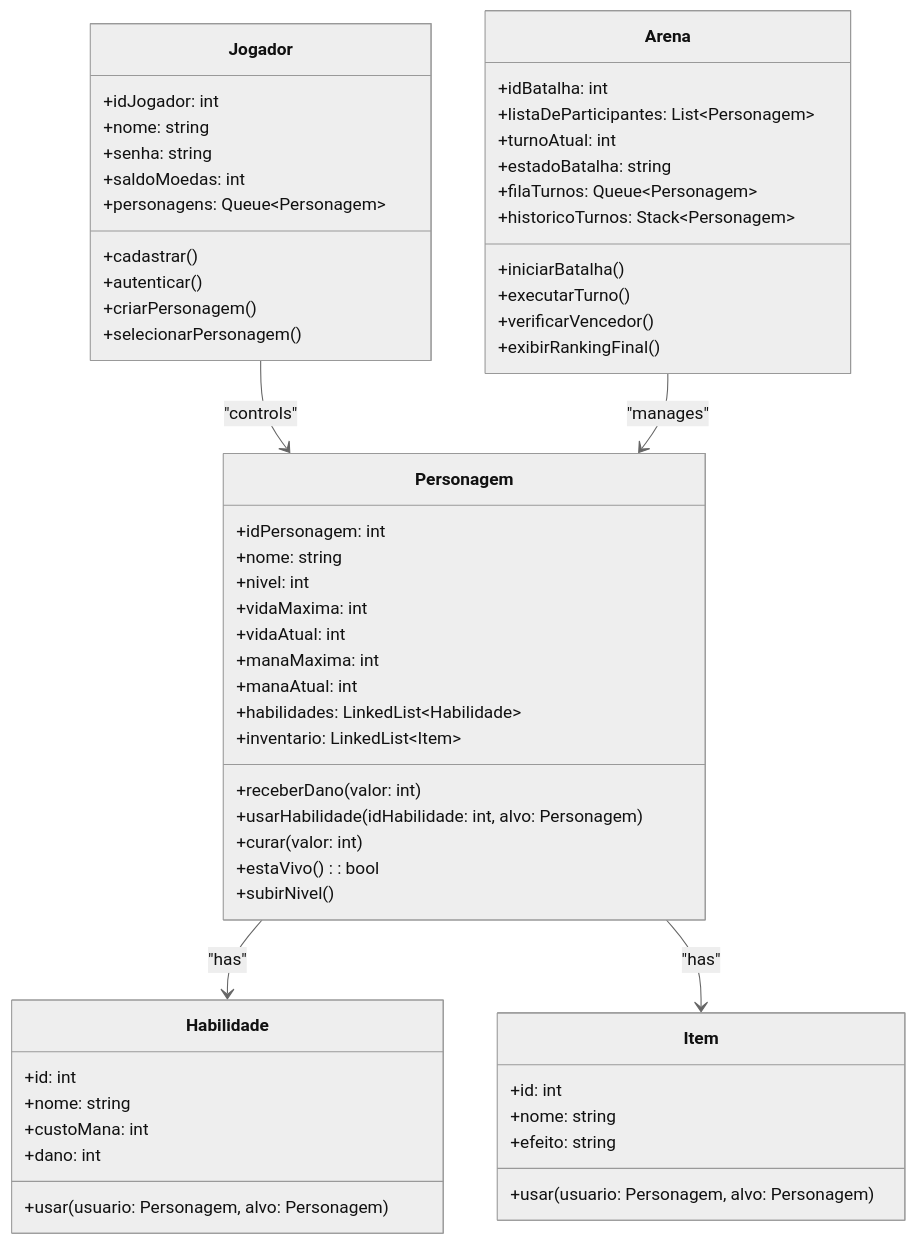
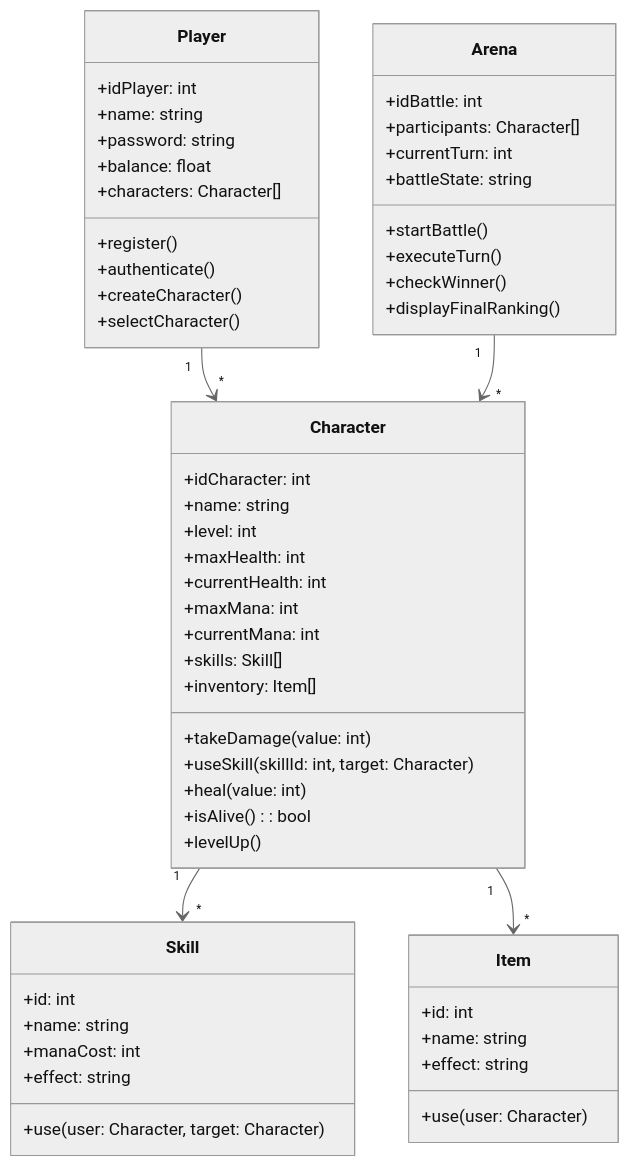
Before and after one commit to kiovaz/Dungeons_Elgrably: the diagram in DiagramUML.md, drawn with Mermaid (neutral theme).

````diff
--- a/DiagramUML.md
+++ b/DiagramUML.md
@@ -1,60 +1,58 @@
 ```mermaid
 classDiagram
-    class Jogador {
-        +idJogador: int
-        +nome: string
-        +senha: string
-        +saldoMoedas: int
-        +personagens: Queue~Personagem~
-        +cadastrar()
-        +autenticar()
-        +criarPersonagem()
-        +selecionarPersonagem()
+    class Player {
+        +idPlayer: int
+        +name: string
+        +password: string
+        +balance: float
+        +characters: Character[]
+        +register()
+        +authenticate()
+        +createCharacter()
+        +selectCharacter()
     }
-    class Personagem {
-        +idPersonagem: int
-        +nome: string
-        +nivel: int
-        +vidaMaxima: int
-        +vidaAtual: int
-        +manaMaxima: int
-        +manaAtual: int
-        +habilidades: LinkedList~Habilidade~
-        +inventario: LinkedList~Item~
-        +receberDano(valor: int)
-        +usarHabilidade(idHabilidade: int, alvo: Personagem)
-        +curar(valor: int)
-        +estaVivo(): bool
-        +subirNivel()
+    class Character {
+        +idCharacter: int
+        +name: string
+        +level: int
+        +maxHealth: int
+        +currentHealth: int
+        +maxMana: int
+        +currentMana: int
+        +skills: Skill[]
+        +inventory: Item[]
+        +takeDamage(value: int)
+        +useSkill(skillId: int, target: Character)
+        +heal(value: int)
+        +isAlive(): bool
+        +levelUp()
     }
     class Arena {
-        +idBatalha: int
-        +listaDeParticipantes: List~Personagem~
-        +turnoAtual: int
-        +estadoBatalha: string
-        +filaTurnos: Queue~Personagem~
-        +historicoTurnos: Stack~Personagem~
-        +iniciarBatalha()
-        +executarTurno()
-        +verificarVencedor()
-        +exibirRankingFinal()
+        +idBattle: int
+        +participants: Character[]
+        +currentTurn: int
+        +battleState: string
+        +startBattle()
+        +executeTurn()
+        +checkWinner()
+        +displayFinalRanking()
     }
-    class Habilidade {
+    class Skill {
         +id: int
-        +nome: string
-        +custoMana: int
-        +dano: int
-        +usar(usuario: Personagem, alvo: Personagem)
+        +name: string
+        +manaCost: int
+        +effect: string
+        +use(user: Character, target: Character)
     }
     class Item {
         +id: int
-        +nome: string
-        +efeito: string
-        +usar(usuario: Personagem, alvo: Personagem)
+        +name: string
+        +effect: string
+        +use(user: Character)
     }
 
-    Jogador --> Personagem : "controls"
-    Personagem --> Habilidade : "has"
-    Personagem --> Item : "has"
-    Arena --> Personagem : "manages"
+    Player "1" --> "*" Character
+    Character "1" --> "*" Skill
+    Character "1" --> "*" Item
+    Arena "1" --> "*" Character
 ```
````
